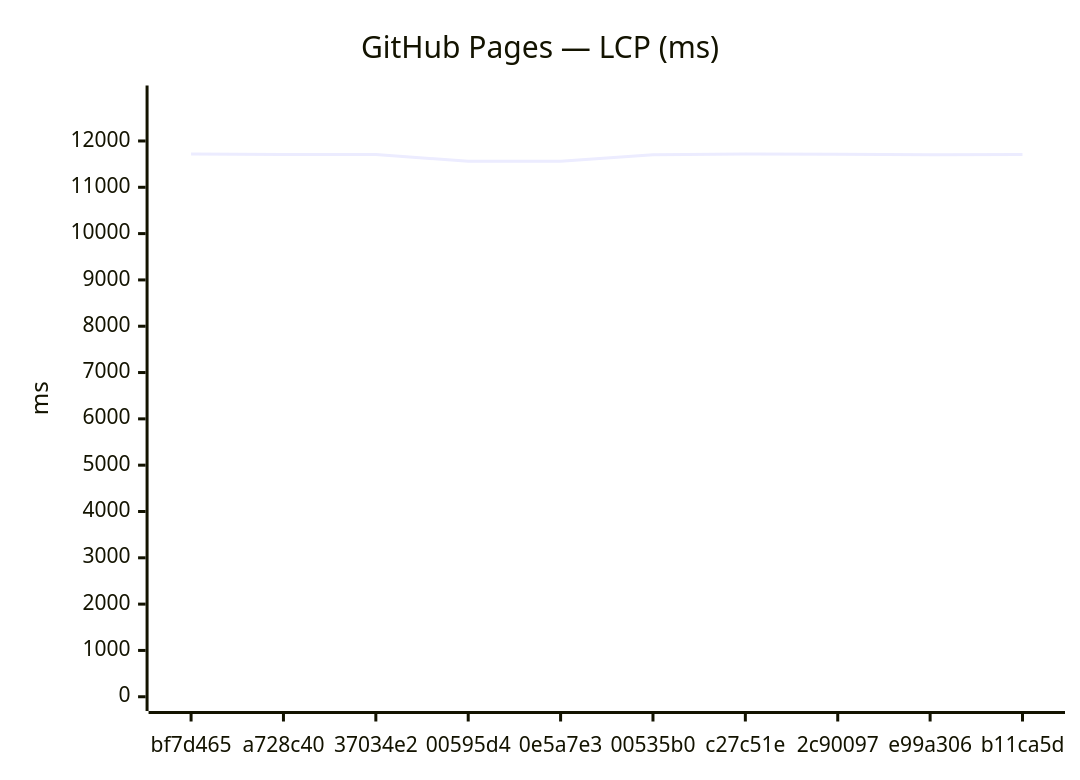
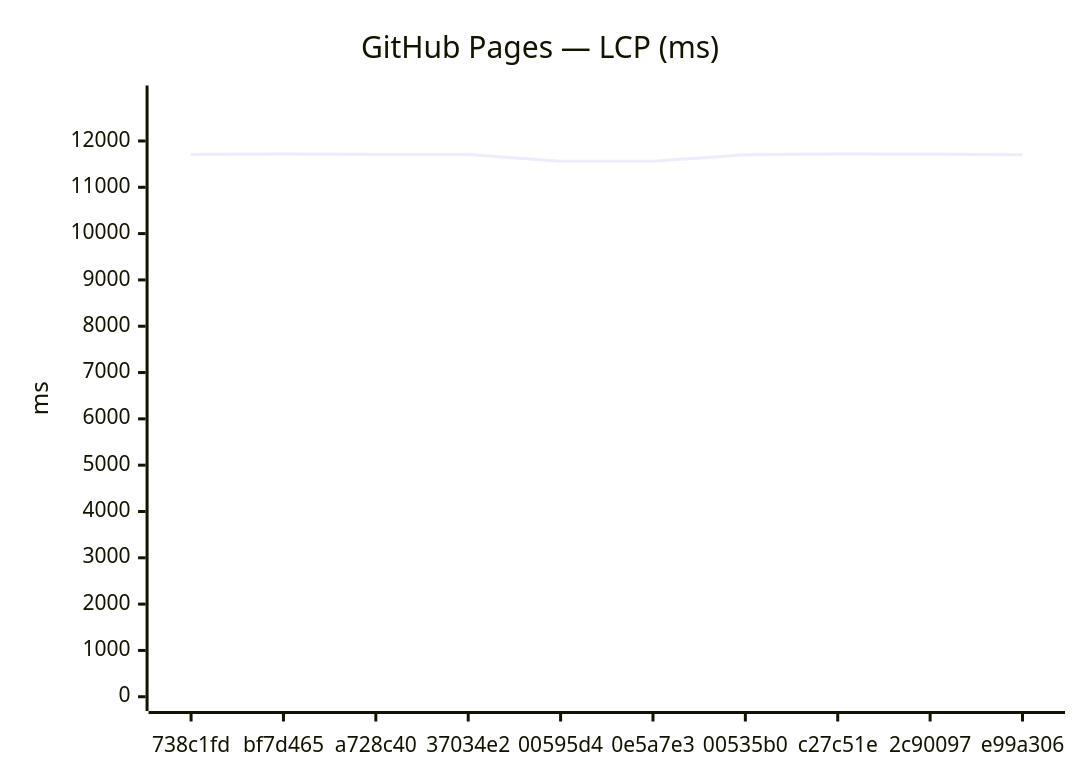
The third of 24 diagrams in benchmarks/compare.md (Metaheurist/Rianell), drawn with Mermaid before and after one commit. The commit also changed other lines of this file and 13 other files, not shown here.

````diff
--- a/benchmarks/compare.md
+++ b/benchmarks/compare.md
@@ -54,7 +54,7 @@
 ```mermaid
 xychart-beta
     title "GitHub Pages — LCP (ms)"
-    x-axis ["bf7d465", "a728c40", "37034e2", "00595d4", "0e5a7e3", "00535b0", "c27c51e", "2c90097", "e99a306", "b11ca5d"]
+    x-axis ["738c1fd", "bf7d465", "a728c40", "37034e2", "00595d4", "0e5a7e3", "00535b0", "c27c51e", "2c90097", "e99a306"]
     y-axis "ms" 0 --> 12890
-    line [11718, 11707, 11710, 11560, 11561, 11705, 11718, 11715, 11701, 11707]
+    line [11710, 11718, 11707, 11710, 11560, 11561, 11705, 11718, 11715, 11701]
 ```
````
